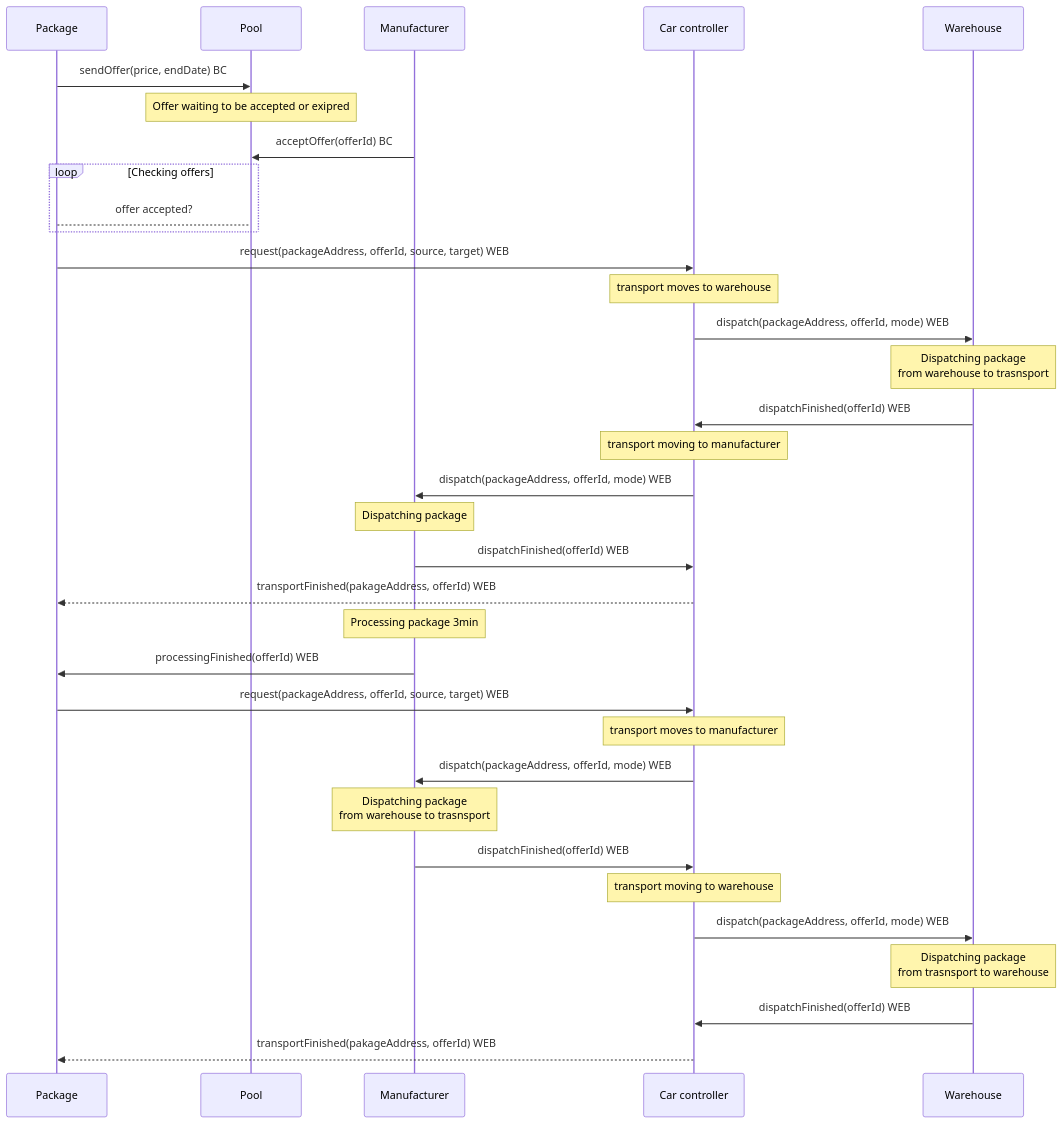
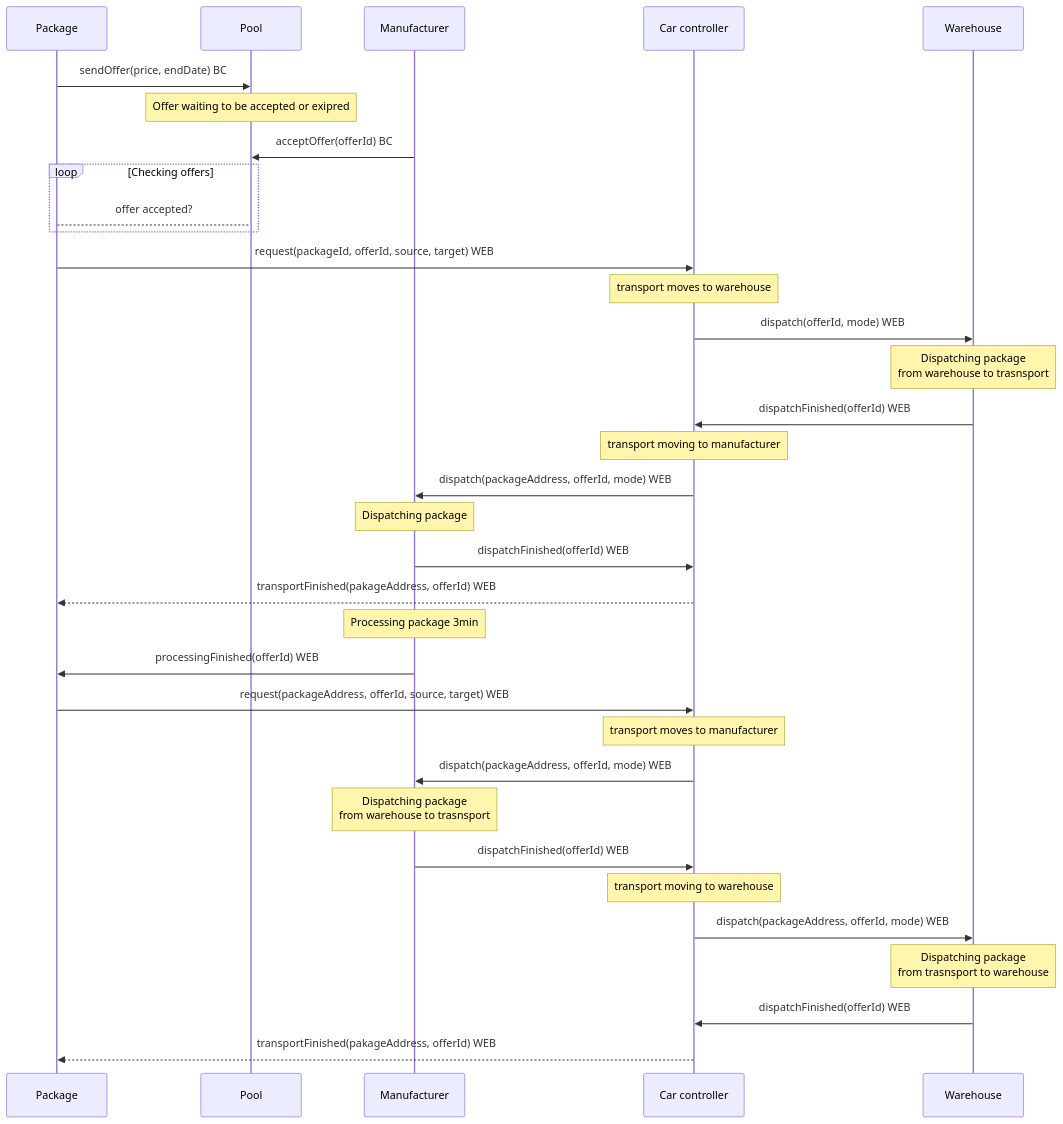
One commit to fsprojekti/shr-mfg-platform changed the second of 2 diagrams in README.md. Above: the diagram before and after it, drawn with Mermaid.

````diff
--- a/README.md
+++ b/README.md
@@ -61,52 +61,52 @@
 ```mermaid
 
 sequenceDiagram
 participant A as Package
 participant B as Pool
 participant C as Manufacturer
 participant D as Car controller
 participant E as Warehouse
 A->>B: sendOffer(price, endDate) BC
 note over B: Offer waiting to be accepted or exipred
 C->>B: acceptOffer(offerId) BC
 loop Checking offers
     A-->B: offer accepted?
 end
-A->>D: request(packageAddress, offerId, source, target) WEB
+A->>D: request(packageId, offerId, source, target) WEB
 note over D: transport moves to warehouse
-D->>E:dispatch(packageAddress, offerId, mode) WEB
+D->>E:dispatch(offerId, mode) WEB
 note over E: Dispatching package <br>from warehouse to trasnsport
 E->>D: dispatchFinished(offerId) WEB
 note over D: transport moving to manufacturer
 
 D->>C:dispatch(packageAddress, offerId, mode) WEB
 note over C: Dispatching package
 C->>D: dispatchFinished(offerId) WEB
 D-->>A: transportFinished(pakageAddress, offerId) WEB
 note over C: Processing package 3min
 C->>A: processingFinished(offerId) WEB
 A->>D: request(packageAddress, offerId, source, target) WEB
 note over D: transport moves to manufacturer
 
 D->>C:dispatch(packageAddress, offerId, mode) WEB
 note over C: Dispatching package <br>from warehouse to trasnsport
 C->>D: dispatchFinished(offerId) WEB
 note over D: transport moving to warehouse
 
 D->>E:dispatch(packageAddress, offerId, mode) WEB
 note over E: Dispatching package <br>from trasnsport to warehouse
 E->>D: dispatchFinished(offerId) WEB
 
 
 
 D-->>A: transportFinished(pakageAddress, offerId) WEB
 
 
 
 
 
 
 
 
 
 ```
````
